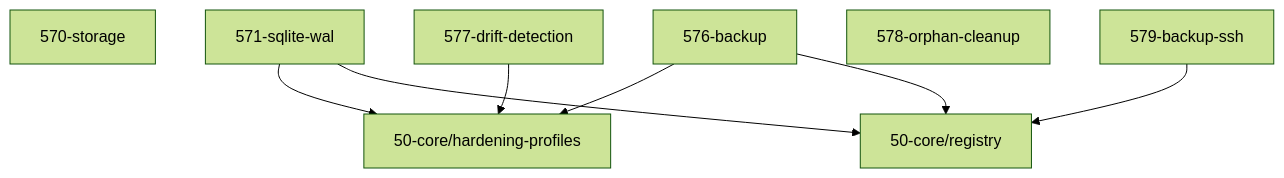
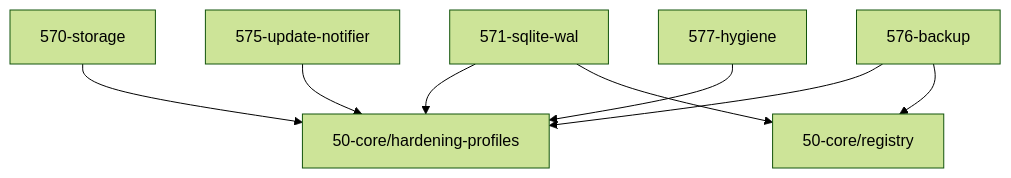
The diagram in 57-maintenance/AGENTS.md (grapefruit89/mediNix-core), drawn with Mermaid (forest theme) before and after one commit. The commit also changed other lines of this file and 19 other files, not shown here.

````diff
--- a/57-maintenance/AGENTS.md
+++ b/57-maintenance/AGENTS.md
@@ -61,11 +60,10 @@
 ```mermaid
 graph TD
-  570_storage["570-storage"]
+  570_storage["570-storage"] --> hardening_profiles["50-core/hardening-profiles"]
   571_sqlite_wal["571-sqlite-wal"] --> hardening_profiles["50-core/hardening-profiles"]
   571_sqlite_wal["571-sqlite-wal"] --> registry["50-core/registry"]
+  575_update_notifier["575-update-notifier"] --> hardening_profiles["50-core/hardening-profiles"]
   576_backup["576-backup"] --> hardening_profiles["50-core/hardening-profiles"]
   576_backup["576-backup"] --> registry["50-core/registry"]
-  577_drift_detection["577-drift-detection"] --> hardening_profiles["50-core/hardening-profiles"]
-  578_orphan_cleanup["578-orphan-cleanup"]
-  579_backup_ssh["579-backup-ssh"] --> registry["50-core/registry"]
+  577_hygiene["577-hygiene"] --> hardening_profiles["50-core/hardening-profiles"]
 ```
````
